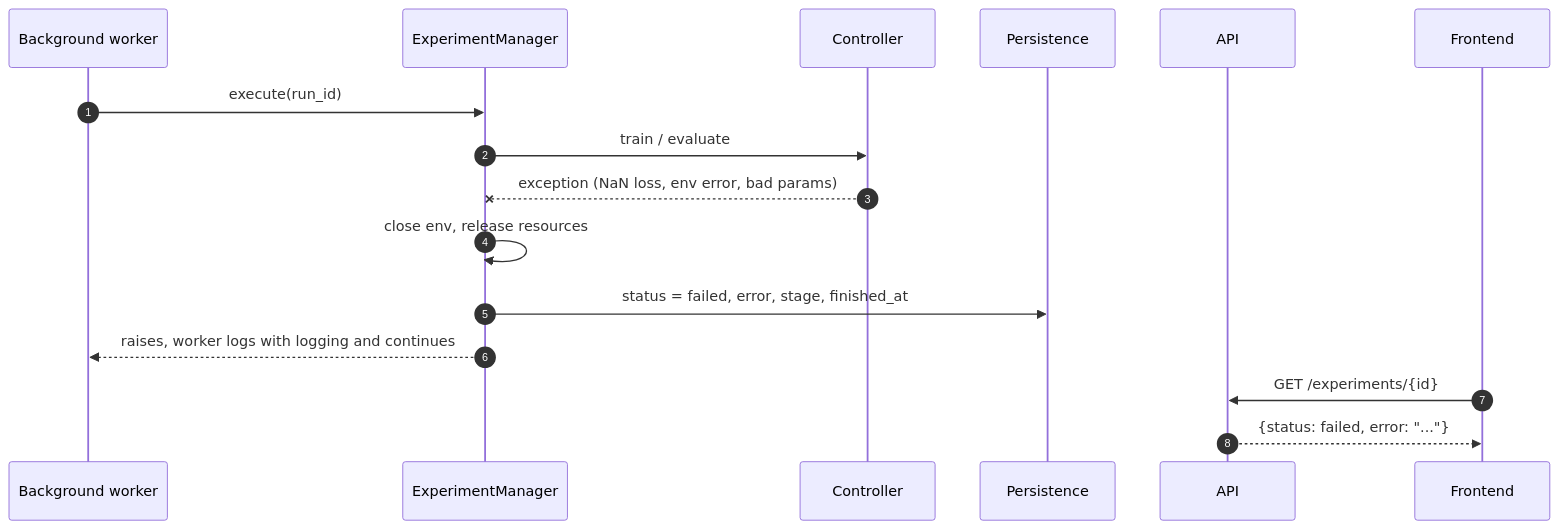
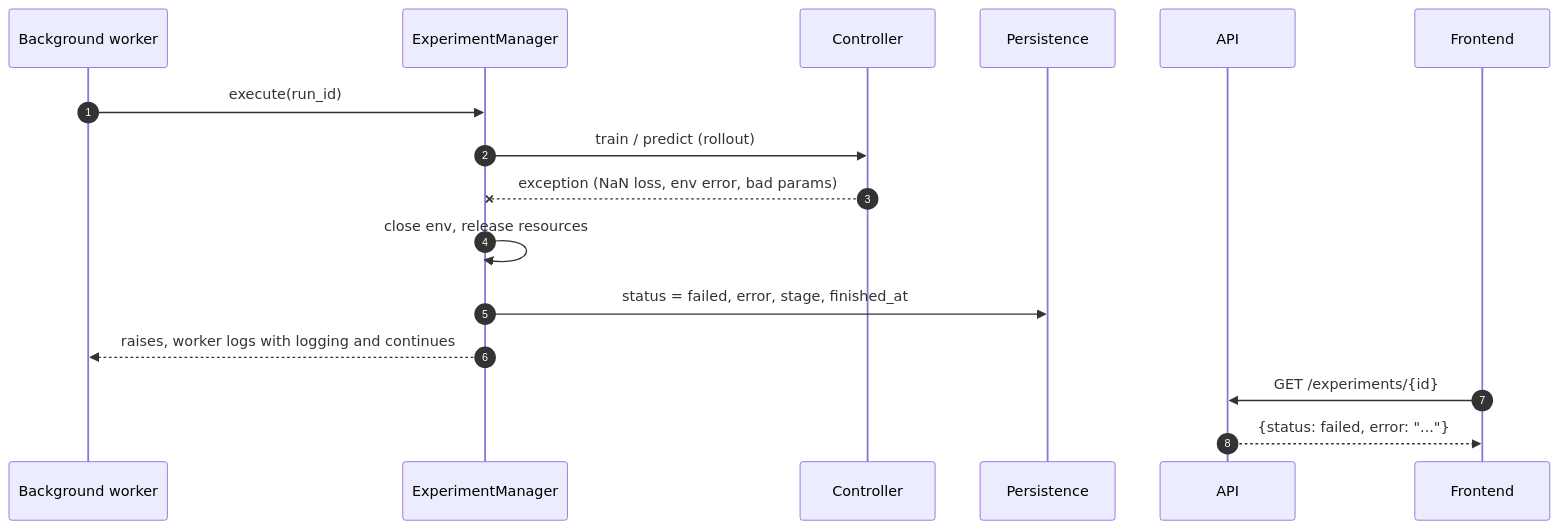
One commit to AnishKharat/RL-simulation-platform changed the third of 3 diagrams in docs/architecture/sequence-run-experiment.md. Above: the diagram before and after it, drawn with Mermaid. The commit also changed other lines of this file and 7 other files, not shown here.

Commit message:
docs(docs): fix registry, sequence and spike docs; resolve registry open question

````diff
--- a/docs/architecture/sequence-run-experiment.md
+++ b/docs/architecture/sequence-run-experiment.md
@@ -91,19 +91,19 @@
 ```mermaid
 sequenceDiagram
     autonumber
     participant W as Background worker
     participant EM as ExperimentManager
     participant CTL as Controller
     participant DB as Persistence
     participant API as API
     participant FE as Frontend
 
     W->>EM: execute(run_id)
-    EM->>CTL: train / evaluate
+    EM->>CTL: train / predict (rollout)
     CTL--xEM: exception (NaN loss, env error, bad params)
     EM->>EM: close env, release resources
     EM->>DB: status = failed, error, stage, finished_at
     EM-->>W: raises, worker logs with logging and continues
     FE->>API: GET /experiments/{id}
     API-->>FE: {status: failed, error: "..."}
 ```
````
